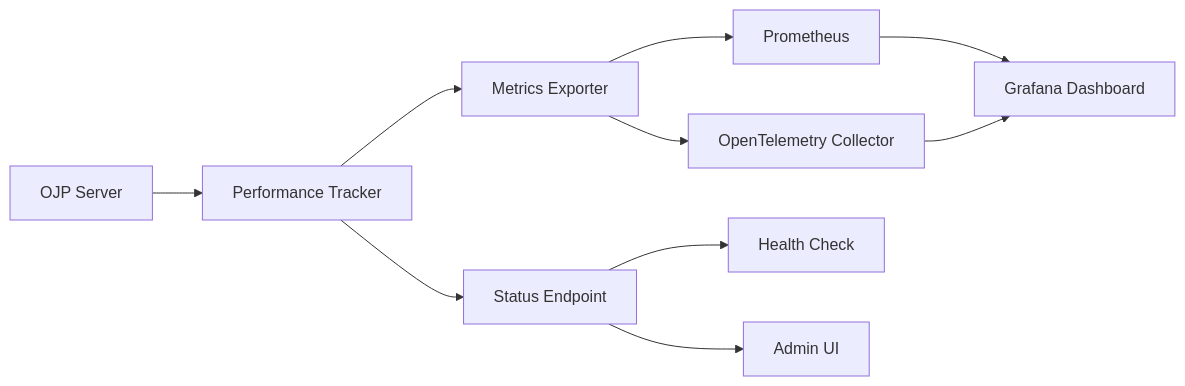
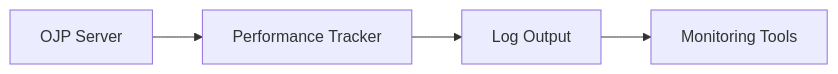
The fifth of 5 diagrams in documents/ebook/part3-chapter8-slow-query-segregation.md (youzh00/yzahi-ojp), drawn with Mermaid before and after one commit. The commit also changed other lines of this file and 1 other file, not shown here.

Commit message:
Address 12 unresolved PR comments: clarify pooling issues, metrics, and tone down overselling

````diff
--- a/documents/ebook/part3-chapter8-slow-query-segregation.md
+++ b/documents/ebook/part3-chapter8-slow-query-segregation.md
@@ -280,13 +280,6 @@
 ```mermaid
 graph LR
     A[OJP Server] --> B[Performance Tracker]
-    B --> C[Metrics Exporter]
-    C --> D[Prometheus]
-    C --> E[OpenTelemetry Collector]
-    D --> F[Grafana Dashboard]
-    E --> F
-    
-    B --> G[Status Endpoint]
-    G --> H[Health Check]
-    G --> I[Admin UI]
+    B --> C[Log Output]
+    C --> D[Monitoring Tools]
 ```
````
